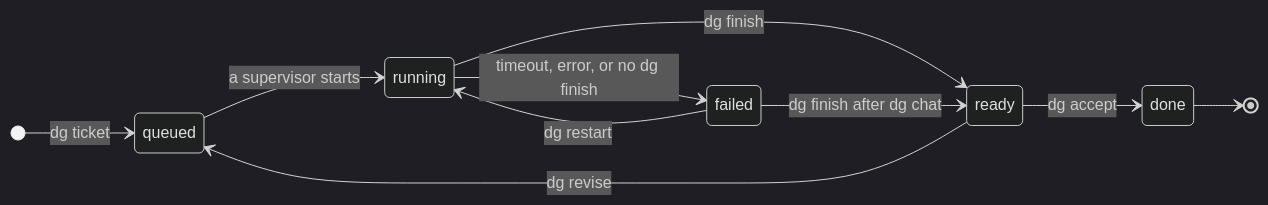
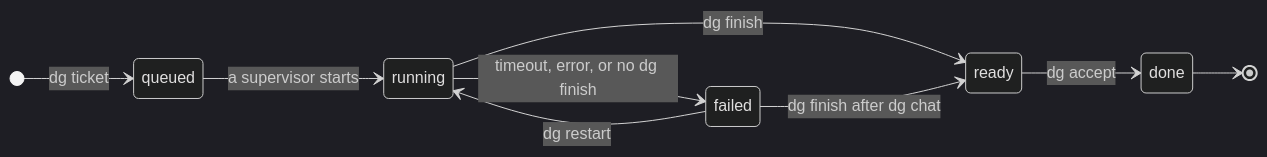
The diagram in docs/TECHNICAL_DESIGN.md (alcubie/delegator), drawn with Mermaid (dark theme) before and after one commit. The commit also changed other lines of this file, not shown here.

Commit message:
Remove dg revise reference

````diff
--- a/docs/TECHNICAL_DESIGN.md
+++ b/docs/TECHNICAL_DESIGN.md
@@ -556,13 +551,12 @@
 ```mermaid
 stateDiagram-v2
     direction LR
     [*] --> queued: dg ticket
     queued --> running: a supervisor starts
     running --> ready: dg finish
     running --> failed: timeout, error, or no dg finish
     failed --> running: dg restart
     failed --> ready: dg finish after dg chat
     ready --> done: dg accept
-    ready --> queued: dg revise
     done --> [*]
 ```
````
